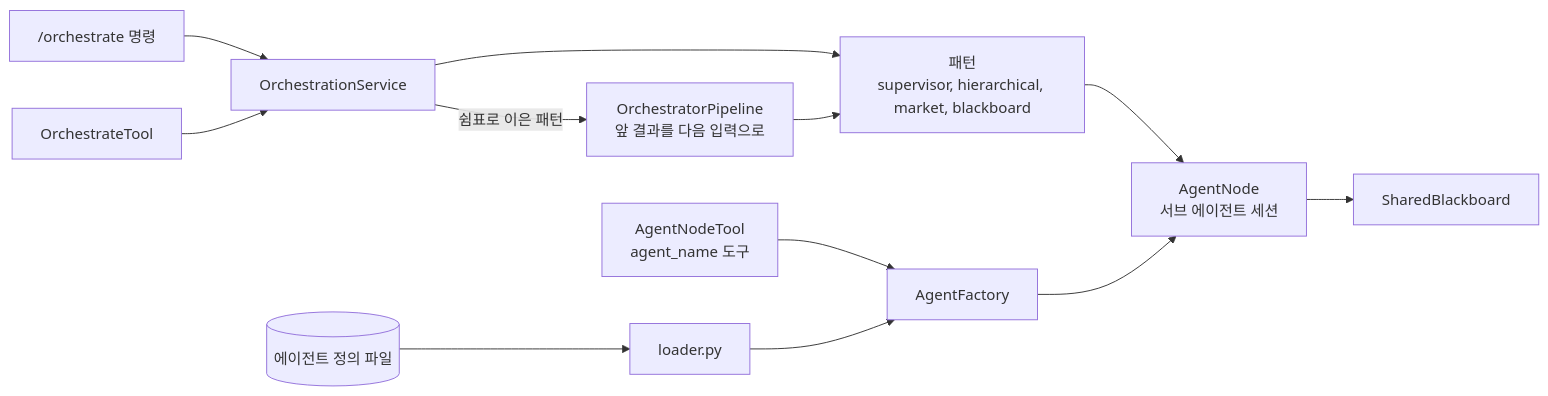
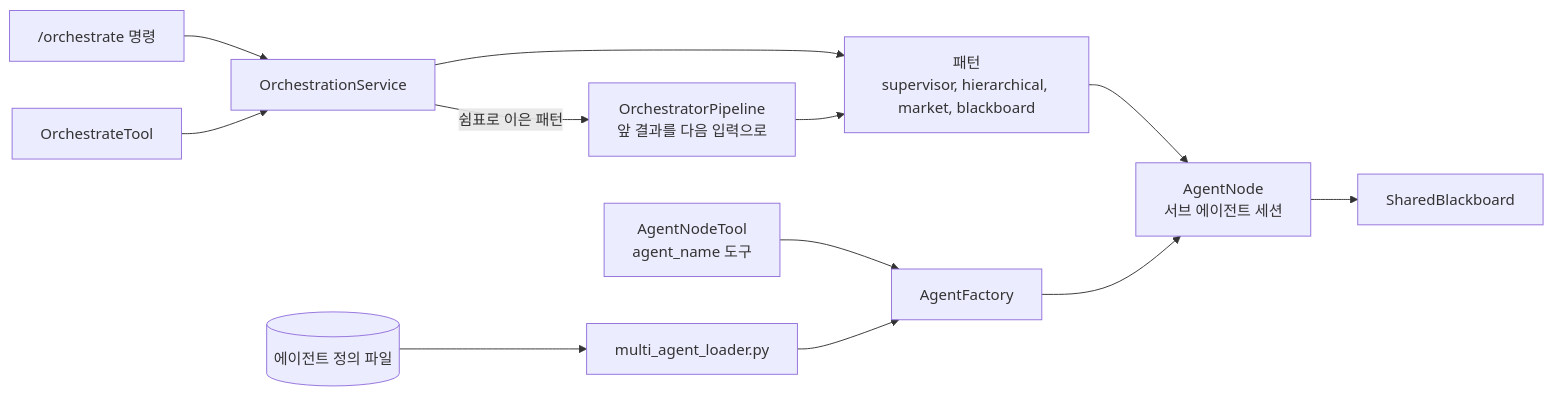
The second of 2 diagrams in website/docs/concepts/multi-agent-orchestration/orchestration-pattern.md (ash-hun/jarvis-agent), drawn with Mermaid before and after one commit. The commit also changed 58 other files, not shown here.

Commit message:
Docs: 명세, README, 문서 사이트를 지금 코드에 맞추고, figure 의 내용과 배치를 고친다

````diff
--- a/website/docs/concepts/multi-agent-orchestration/orchestration-pattern.md
+++ b/website/docs/concepts/multi-agent-orchestration/orchestration-pattern.md
@@ -93,14 +93,14 @@
 ```mermaid
 flowchart LR
   CMD["/orchestrate 명령"] --> SVC[OrchestrationService]
   TOOL[OrchestrateTool] --> SVC
   NT[AgentNodeTool<br/>agent_name 도구] --> FAC
-  DEF[(에이전트 정의 파일)] --> LOAD[loader.py]
+  DEF[(에이전트 정의 파일)] --> LOAD[multi_agent_loader.py]
   LOAD --> FAC[AgentFactory]
   SVC --> TOP[패턴<br/>supervisor, hierarchical, market, blackboard]
   SVC -->|쉼표로 이은 패턴| PIPE[OrchestratorPipeline<br/>앞 결과를 다음 입력으로]
   PIPE --> TOP
   TOP --> NODE[AgentNode<br/>서브 에이전트 세션]
   FAC --> NODE
   NODE --> BB[SharedBlackboard]
 ```
````
